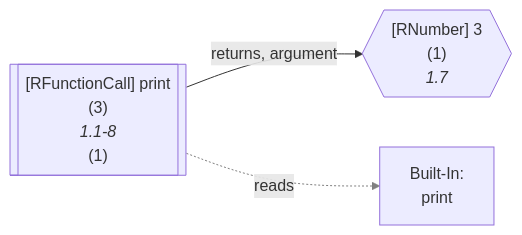
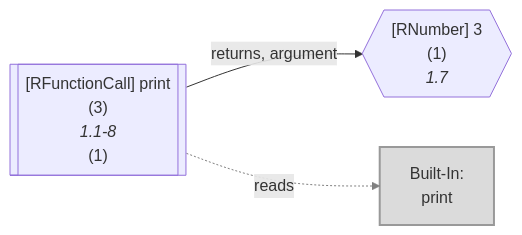
Before and after one commit to flowr-analysis/flowr: diagram 16 of 21 in wiki/Control Flow Graph.md, drawn with Mermaid. The commit also changed other lines of this file and 3 other files, not shown here.

````diff
--- a/wiki/Control Flow Graph.md
+++ b/wiki/Control Flow Graph.md
@@ -1474,15 +1474,16 @@
 ```mermaid
 flowchart LR
     1{{"`#91;RNumber#93; 3
       (1)
       *1.7*`"}}
     3[["`#91;RFunctionCall#93; print
       (3)
       *1.1-8*
     (1)`"]]
     built-in:print["`Built-In:
 print`"]
+    style built-in:print stroke:gray,fill:lightgray,stroke-width:2px,opacity:.8;
     3 -->|"returns, argument"| 1
     3 -.->|"reads"| built-in:print
     linkStyle 1 stroke:gray;
 ```
````
